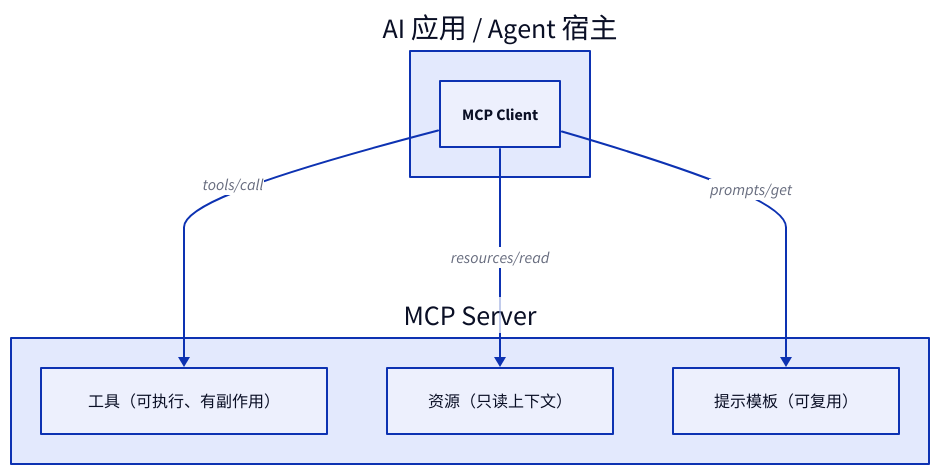
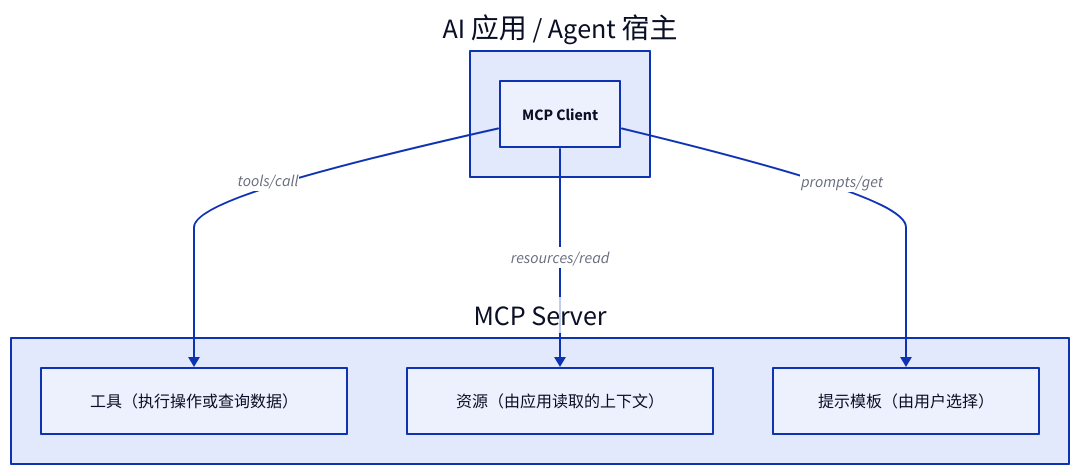
The first of 2 diagrams in apps/docs/ai/Agent/MCP 与工具调用.md (youngluo/thinking), drawn with D2 before and after one commit. The commit also changed other lines of this file and 11 other files, not shown here.

````diff
--- a/apps/docs/ai/Agent/MCP 与工具调用.md
+++ b/apps/docs/ai/Agent/MCP 与工具调用.md
@@ -21,21 +21,21 @@
 ```d2
 direction: down
 
 Host: AI 应用 / Agent 宿主 {
   class: group
   Client: MCP Client {
     class: subgroup
   }
 }
 
 Server: MCP Server {
   class: group
-  Tools: 工具（可执行、有副作用）
-  Resources: 资源（只读上下文）
-  Prompts: 提示模板（可复用）
+  Tools: 工具（执行操作或查询数据）
+  Resources: 资源（由应用读取的上下文）
+  Prompts: 提示模板（由用户选择）
 }
 
 Host.Client -> Server.Tools: tools/call
 Host.Client -> Server.Resources: resources/read
 Host.Client -> Server.Prompts: prompts/get
 ```
````
